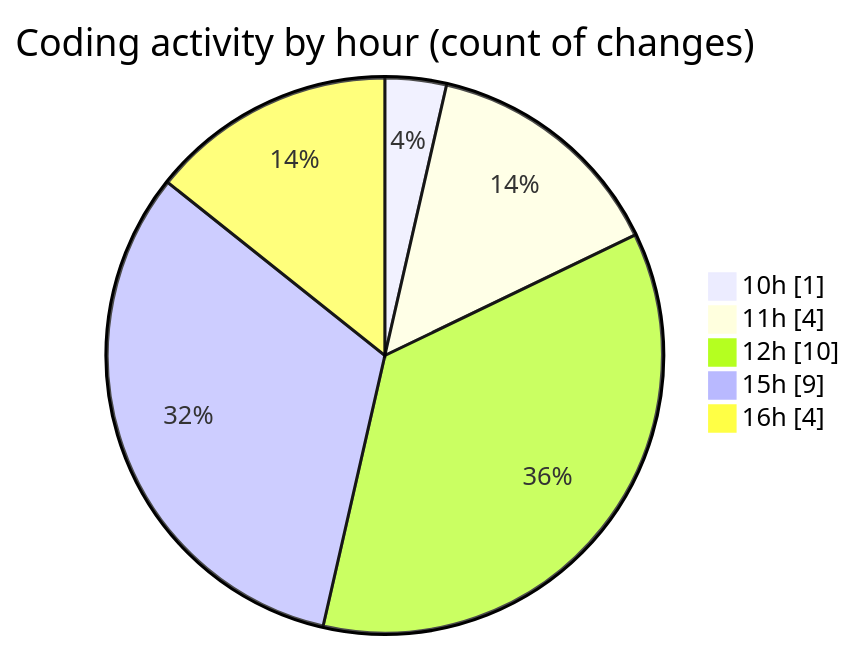
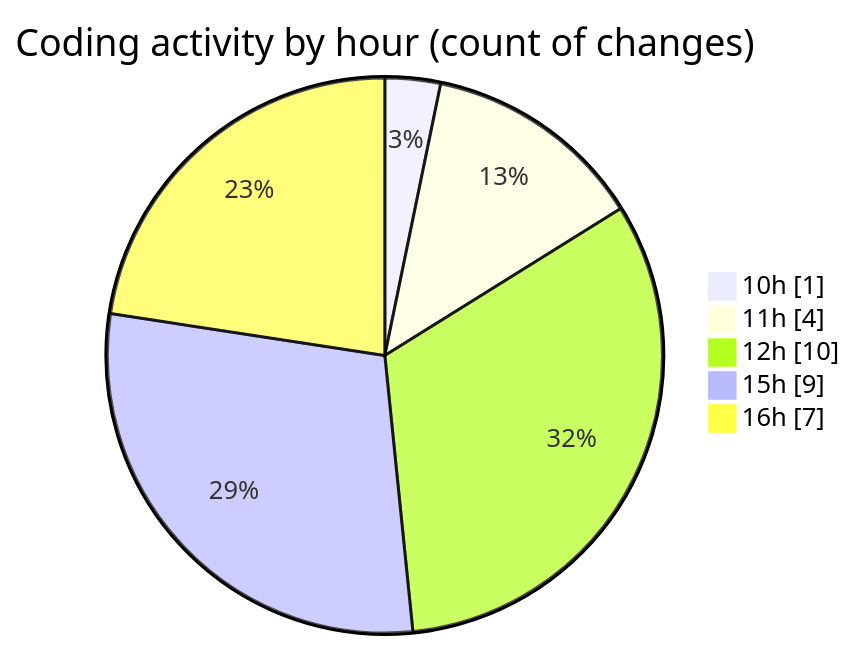
The second of 2 diagrams in 2025-10-08/untitled__workspace_/README.md (debugP/code-tracking), drawn with Mermaid before and after one commit. The commit also changed other lines of this file and 1 other file, not shown here.

````diff
--- a/2025-10-08/untitled__workspace_/README.md
+++ b/2025-10-08/untitled__workspace_/README.md
@@ -32,9 +32,9 @@
 ```mermaid
 pie showData
 title Coding activity by hour (count of changes)
 "10h" : 1
 "11h" : 4
 "12h" : 10
 "15h" : 9
-"16h" : 4
+"16h" : 7
 ```
````
